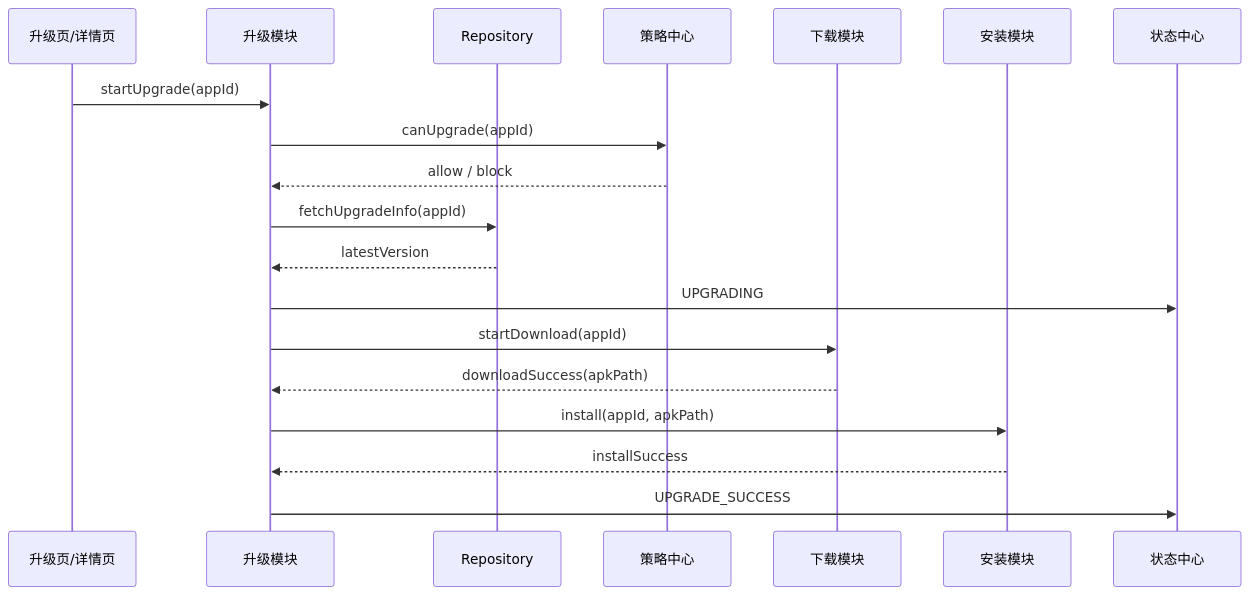
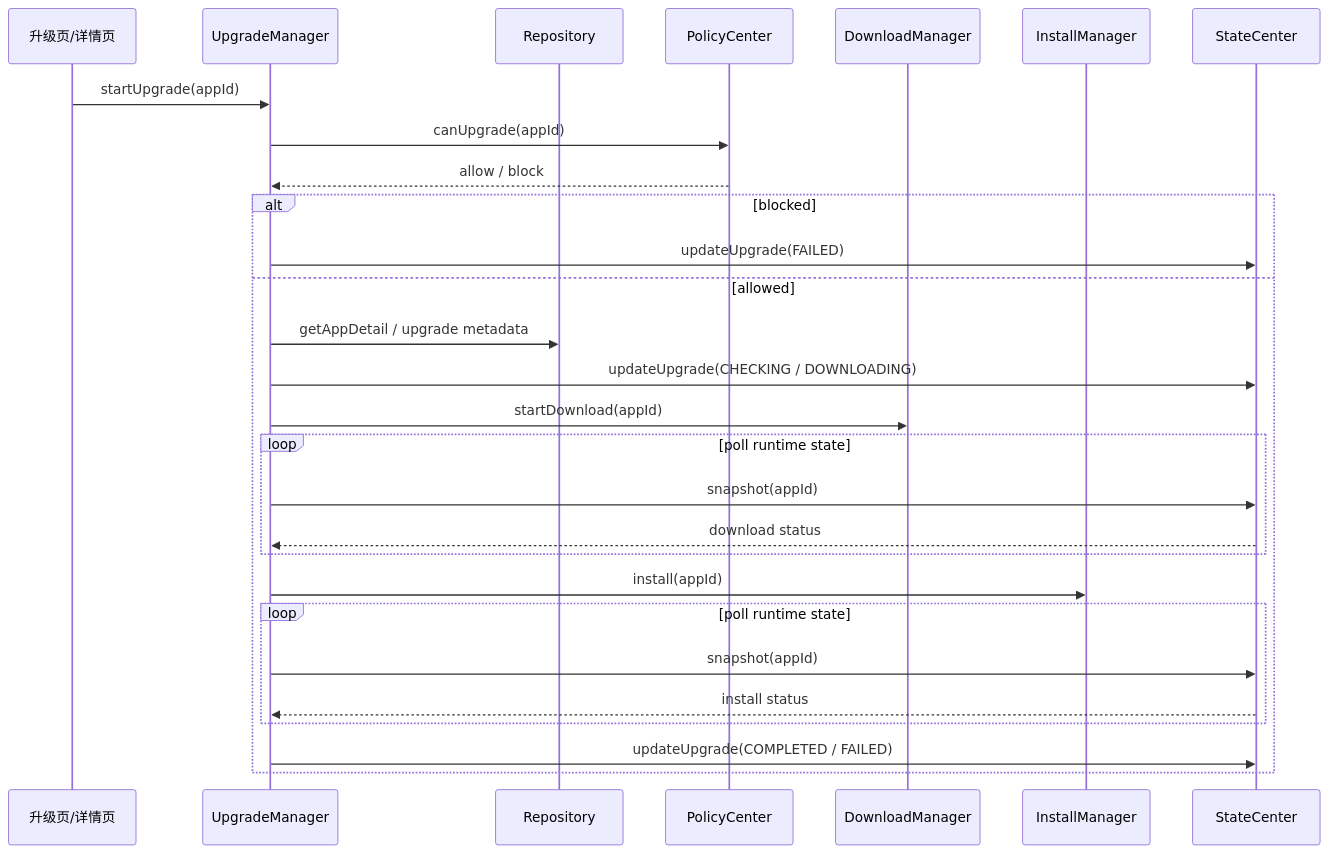
Before and after one commit to XZQ/CarAppStore: the fourth of 6 diagrams in docs/05-核心时序图.md, drawn with Mermaid. The commit also changed other lines of this file and 35 other files, not shown here.

Commit message:
docs: reorganize architecture docs and handoff guide

````diff
--- a/docs/05-核心时序图.md
+++ b/docs/05-核心时序图.md
@@ -72,22 +87,31 @@
 ```mermaid
 sequenceDiagram
 participant UI as 升级页/详情页
-participant UM as 升级模块
+participant UM as UpgradeManager
 participant Repo as Repository
-participant Policy as 策略中心
-participant DM as 下载模块
-participant IM as 安装模块
-participant State as 状态中心
+participant Policy as PolicyCenter
+participant DM as DownloadManager
+participant IM as InstallManager
+participant State as StateCenter
 
 UI->>UM: startUpgrade(appId)
 UM->>Policy: canUpgrade(appId)
 Policy-->>UM: allow / block
-UM->>Repo: fetchUpgradeInfo(appId)
-Repo-->>UM: latestVersion
-UM->>State: UPGRADING
-UM->>DM: startDownload(appId)
-DM-->>UM: downloadSuccess(apkPath)
-UM->>IM: install(appId, apkPath)
-IM-->>UM: installSuccess
-UM->>State: UPGRADE_SUCCESS
+alt blocked
+  UM->>State: updateUpgrade(FAILED)
+else allowed
+  UM->>Repo: getAppDetail / upgrade metadata
+  UM->>State: updateUpgrade(CHECKING / DOWNLOADING)
+  UM->>DM: startDownload(appId)
+  loop poll runtime state
+    UM->>State: snapshot(appId)
+    State-->>UM: download status
+  end
+  UM->>IM: install(appId)
+  loop poll runtime state
+    UM->>State: snapshot(appId)
+    State-->>UM: install status
+  end
+  UM->>State: updateUpgrade(COMPLETED / FAILED)
+end
 ```
````
